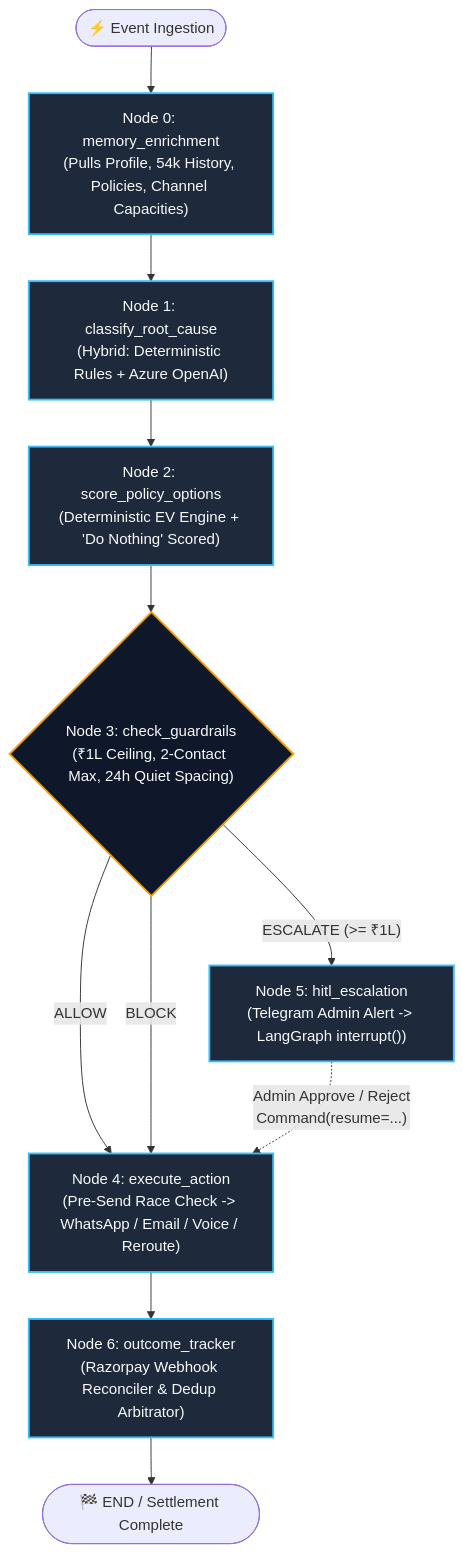
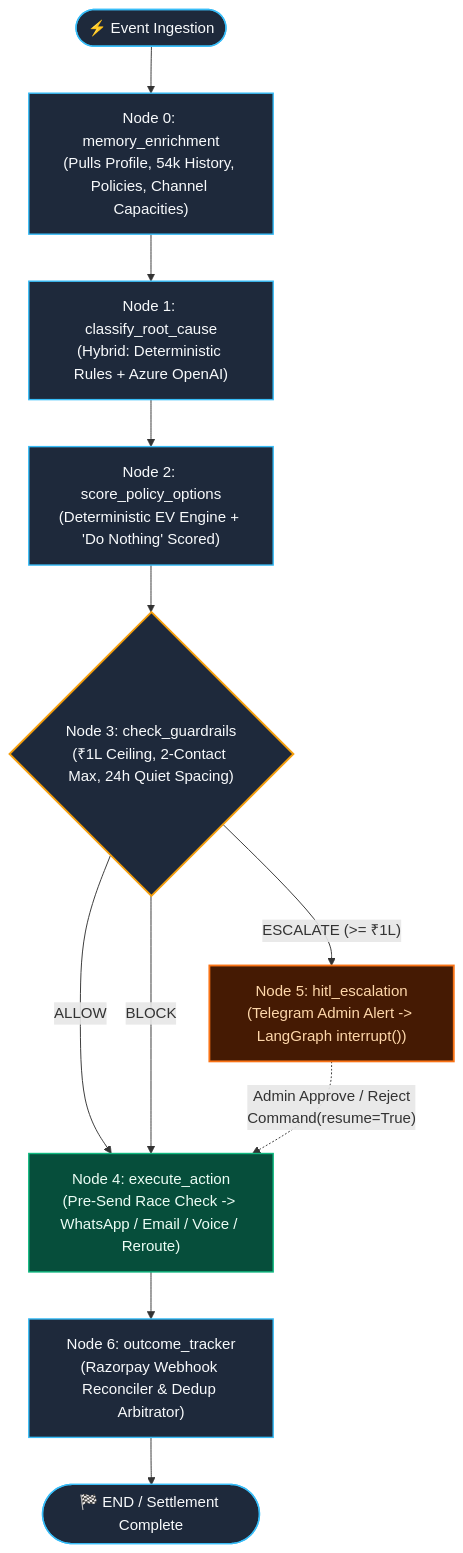
One commit to Ashwin-Khowala/revenue-recovery-orchestrator changed the diagram in AGENTS.md. Above: the diagram before and after it, drawn with Mermaid. The commit also changed 2 other files, not shown here.

Commit message:
docs: upgrade architecture diagrams to modular layered pipeline and sequence diagrams

````diff
--- a/AGENTS.md
+++ b/AGENTS.md
@@ -40,20 +40,25 @@
 ```mermaid
 flowchart TD
     INGEST([⚡ Event Ingestion]) --> N0["Node 0: memory_enrichment<br/>(Pulls Profile, 54k History, Policies, Channel Capacities)"]
     N0 --> N1["Node 1: classify_root_cause<br/>(Hybrid: Deterministic Rules + Azure OpenAI)"]
     N1 --> N2["Node 2: score_policy_options<br/>(Deterministic EV Engine + 'Do Nothing' Scored)"]
     N2 --> N3{"Node 3: check_guardrails<br/>(₹1L Ceiling, 2-Contact Max, 24h Quiet Spacing)"}
     
     N3 -- "ALLOW" --> N4["Node 4: execute_action<br/>(Pre-Send Race Check -> WhatsApp / Email / Voice / Reroute)"]
     N3 -- "ESCALATE (>= ₹1L)" --> N5["Node 5: hitl_escalation<br/>(Telegram Admin Alert -> LangGraph interrupt())"]
     N3 -- "BLOCK" --> N4
     
-    N5 -. "Admin Approve / Reject<br/>Command(resume=...)" .-> N4
+    N5 -. "Admin Approve / Reject<br/>Command(resume=True)" .-> N4
     N4 --> N6["Node 6: outcome_tracker<br/>(Razorpay Webhook Reconciler & Dedup Arbitrator)"]
     N6 --> FIN([🏁 END / Settlement Complete])
 
-    classDef nodeStyle fill:#1e293b,stroke:#38bdf8,stroke-width:2px,color:#f8fafc;
-    classDef branchStyle fill:#0f172a,stroke:#f59e0b,stroke-width:2px,color:#f8fafc;
-    class N0,N1,N2,N4,N5,N6 nodeStyle;
-    class N3 branchStyle;
+    classDef nodeStyle fill:#1e293b,stroke:#38bdf8,stroke-width:1.5px,color:#f8fafc;
+    classDef gateStyle fill:#1e293b,stroke:#f59e0b,stroke-width:2px,color:#f8fafc;
+    classDef hitlStyle fill:#451a03,stroke:#f97316,stroke-width:2px,color:#fed7aa;
+    classDef execStyle fill:#064e3b,stroke:#10b981,stroke-width:1.5px,color:#ecfdf5;
+
+    class INGEST,FIN,N0,N1,N2,N6 nodeStyle;
+    class N3 gateStyle;
+    class N5 hitlStyle;
+    class N4 execStyle;
 ```
````
